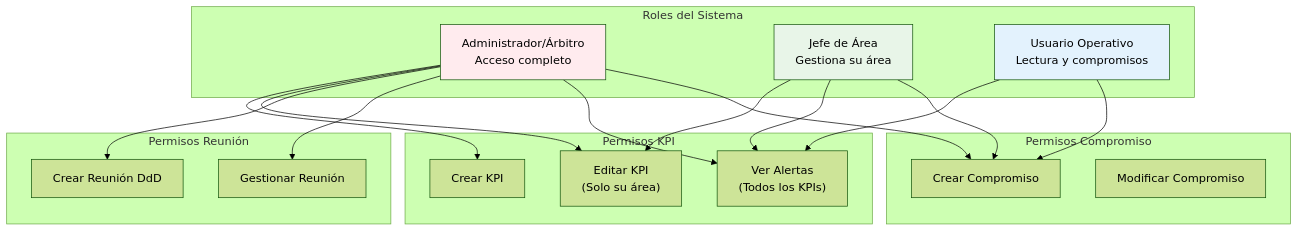
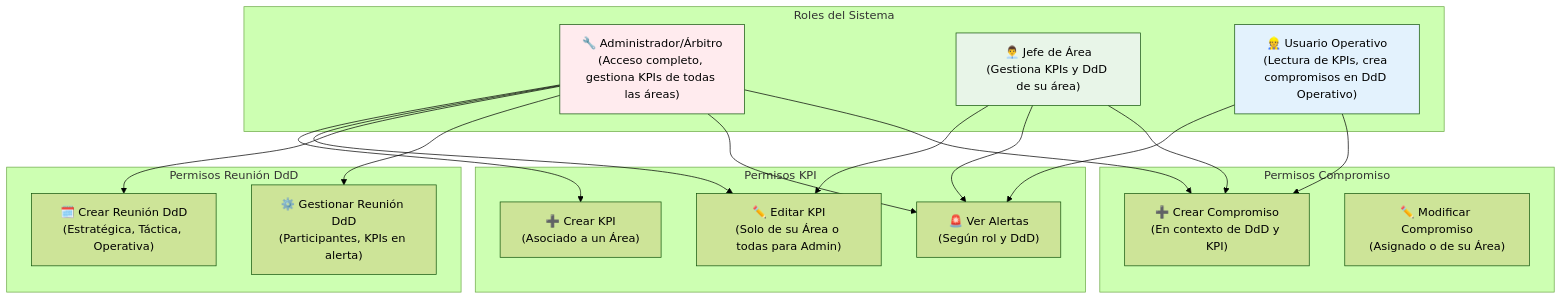
The fifth of 6 diagrams in readmeProductOwner.md (ColDev-Colivoro/Proyecto-Estandarizaci-n-normalizacion-Nutrisco), drawn with Mermaid (forest theme) before and after one commit. The commit also changed other lines of this file, not shown here.

Commit message:
feat: enhance README with detailed conceptual diagrams and area-specific KPI management for DdD system

````diff
--- a/readmeProductOwner.md
+++ b/readmeProductOwner.md
@@ -715,42 +779,42 @@
 ```mermaid
 graph TB
   subgraph "Roles del Sistema"
-    ADMIN["Administrador/Árbitro<br/>Acceso completo"]
-    JEFE["Jefe de Área<br/>Gestiona su área"]
-    OPERATIVO["Usuario Operativo<br/>Lectura y compromisos"]
+    ADMIN["🔧 Administrador/Árbitro<br/>(Acceso completo, gestiona KPIs de todas las áreas)"]
+    JEFE["👨‍💼 Jefe de Área<br/>(Gestiona KPIs y DdD de su área)"]
+    OPERATIVO["👷 Usuario Operativo<br/>(Lectura de KPIs, crea compromisos en DdD Operativo)"]
   end
   
   subgraph "Permisos KPI"
-    CREAR_KPI["Crear KPI"]
-    EDITAR_KPI["Editar KPI<br/>(Solo su área)"]
-    VER_ALERTAS["Ver Alertas<br/>(Todos los KPIs)"]
+    CREAR_KPI["➕ Crear KPI<br/>(Asociado a un Área)"]
+    EDITAR_KPI["✏️ Editar KPI<br/>(Solo de su Área o todas para Admin)"]
+    VER_ALERTAS["🚨 Ver Alertas<br/>(Según rol y DdD)"]
   end
   
-  subgraph "Permisos Reunión"
-    CREAR_REUNION["Crear Reunión DdD"]
-    GESTIONAR_REUNION["Gestionar Reunión"]
+  subgraph "Permisos Reunión DdD"
+    CREAR_REUNION["🗓️ Crear Reunión DdD<br/>(Estratégica, Táctica, Operativa)"]
+    GESTIONAR_REUNION["⚙️ Gestionar Reunión DdD<br/>(Participantes, KPIs en alerta)"]
   end
   
   subgraph "Permisos Compromiso"
-    CREAR_COMPROMISO["Crear Compromiso"]
-    MODIFICAR_COMPROMISO["Modificar Compromiso"]
+    CREAR_COMPROMISO["➕ Crear Compromiso<br/>(En contexto de DdD y KPI)"]
+    MODIFICAR_COMPROMISO["✏️ Modificar Compromiso<br/>(Asignado o de su Área)"]
   end
   
   ADMIN --> CREAR_KPI
   ADMIN --> EDITAR_KPI
   JEFE --> EDITAR_KPI
   ADMIN --> CREAR_REUNION
   ADMIN --> GESTIONAR_REUNION
   
   ADMIN --> VER_ALERTAS
   JEFE --> VER_ALERTAS
   OPERATIVO --> VER_ALERTAS
   
   ADMIN --> CREAR_COMPROMISO
   JEFE --> CREAR_COMPROMISO
   OPERATIVO --> CREAR_COMPROMISO
   
   style ADMIN fill:#ffebee
   style JEFE fill:#e8f5e8
   style OPERATIVO fill:#e3f2fd
 ```
````
